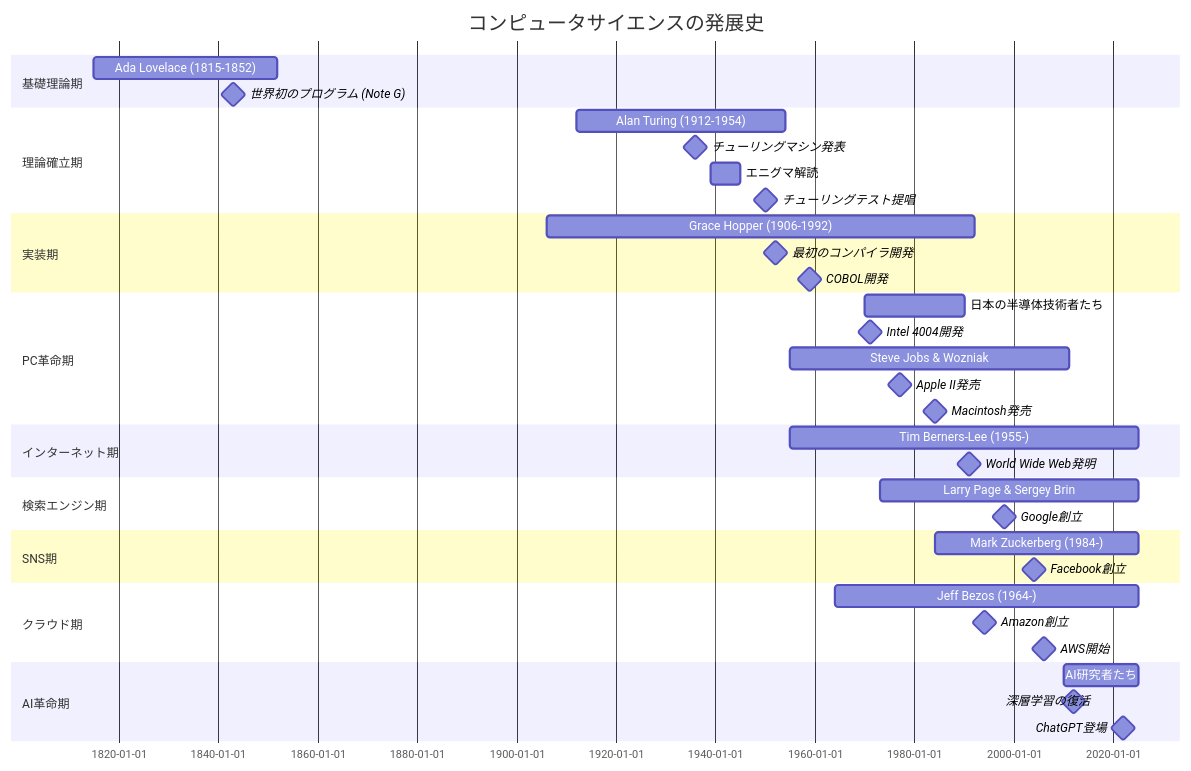
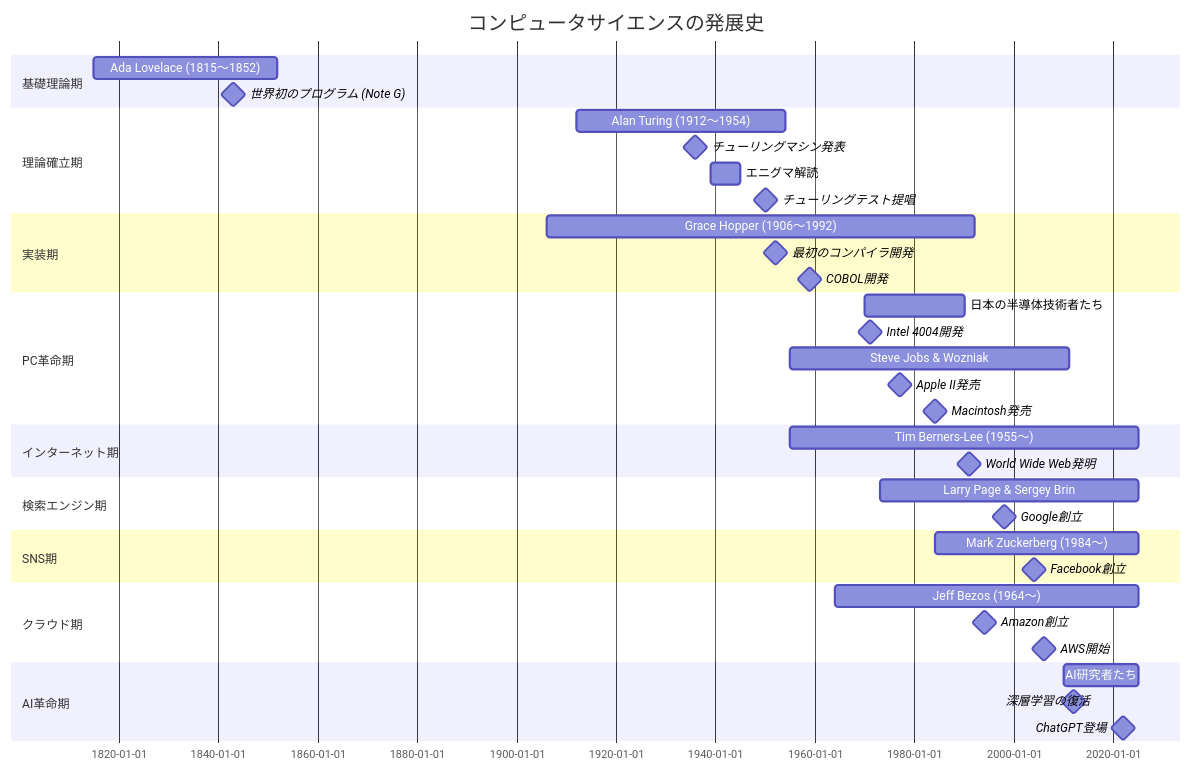
Before and after one commit to itdojp/cs-visionaries-book: the first of 4 diagrams in src/comprehensive-timeline.md, drawn with Mermaid. The commit also changed other lines of this file and 39 other files, not shown here.

````diff
--- a/src/comprehensive-timeline.md
+++ b/src/comprehensive-timeline.md
@@ -5,49 +5,49 @@
 ```mermaid
 gantt
     title コンピュータサイエンスの発展史
     dateFormat YYYY
     
     section 基礎理論期
-    Ada Lovelace (1815-1852)           :1815, 37y
+    Ada Lovelace (1815〜1852)           :1815, 37y
     世界初のプログラム (Note G)        :milestone, 1843, 0
     
     section 理論確立期
-    Alan Turing (1912-1954)            :1912, 42y
+    Alan Turing (1912〜1954)            :1912, 42y
     チューリングマシン発表             :milestone, 1936, 0
     エニグマ解読                       :1939, 6y
     チューリングテスト提唱             :milestone, 1950, 0
     
     section 実装期
-    Grace Hopper (1906-1992)           :1906, 86y
+    Grace Hopper (1906〜1992)           :1906, 86y
     最初のコンパイラ開発               :milestone, 1952, 0
     COBOL開発                          :milestone, 1959, 0
     
     section PC革命期
     日本の半導体技術者たち             :1970, 1990
     Intel 4004開発                     :milestone, 1971, 0
     Steve Jobs & Wozniak               :1955, 56y
     Apple II発売                       :milestone, 1977, 0
     Macintosh発売                      :milestone, 1984, 0
     
     section インターネット期
-    Tim Berners-Lee (1955-)            :1955, 70y
+    Tim Berners-Lee (1955〜)            :1955, 70y
     World Wide Web発明                 :milestone, 1991, 0
     
     section 検索エンジン期
     Larry Page & Sergey Brin           :1973, 52y
     Google創立                         :milestone, 1998, 0
     
     section SNS期
-    Mark Zuckerberg (1984-)            :1984, 41y
+    Mark Zuckerberg (1984〜)            :1984, 41y
     Facebook創立                       :milestone, 2004, 0
     
     section クラウド期
-    Jeff Bezos (1964-)                 :1964, 61y
+    Jeff Bezos (1964〜)                 :1964, 61y
     Amazon創立                         :milestone, 1994, 0
     AWS開始                            :milestone, 2006, 0
     
     section AI革命期
     AI研究者たち                       :2010, 15y
     深層学習の復活                     :milestone, 2012, 0
     ChatGPT登場                        :milestone, 2022, 0
 ```
````
